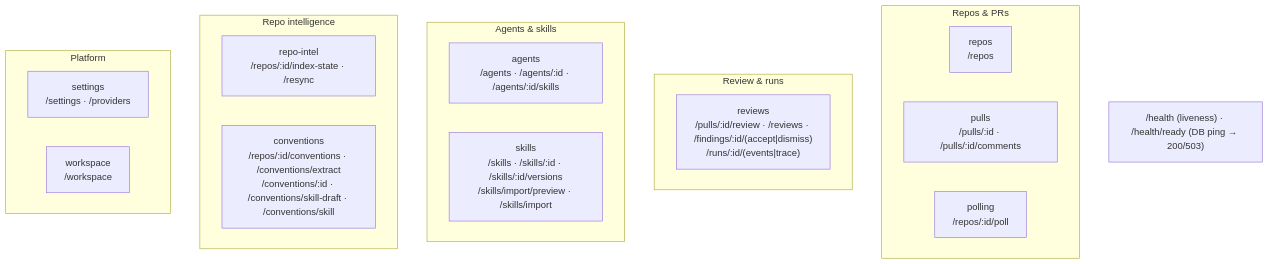
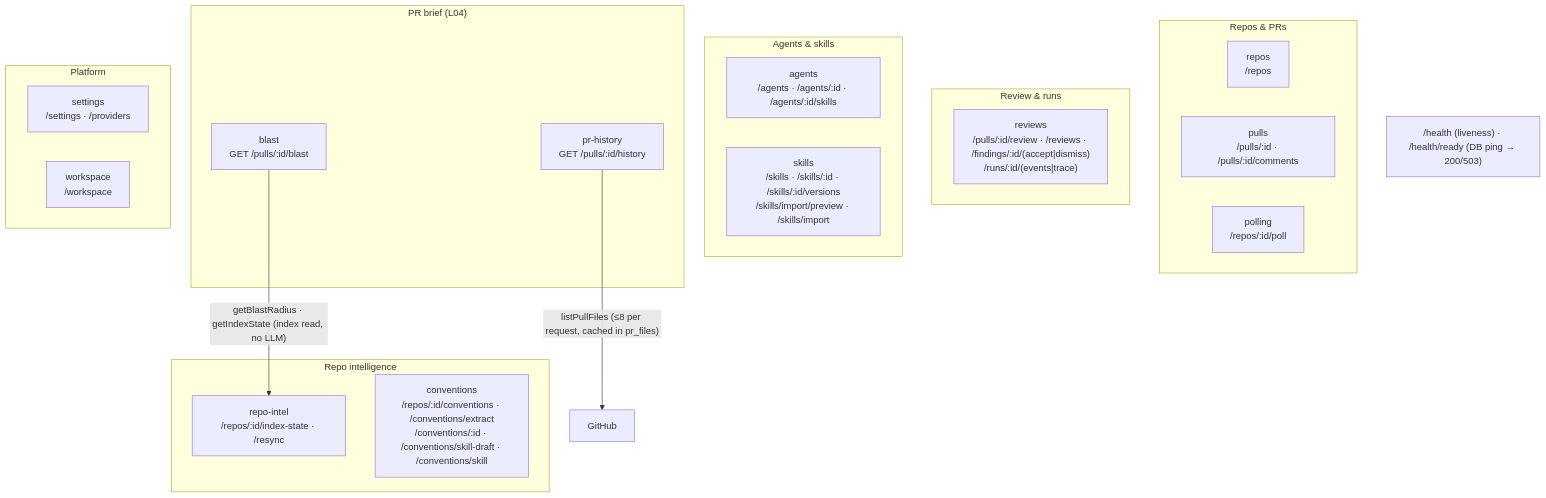
One commit to malinovskiy-alex/dev-digest changed the second of 2 diagrams in server/README.md. Above: the diagram before and after it, drawn with Mermaid. The commit also changed 73 other files, not shown here.

First line of the commit message:
feat(server,web,contracts,mcp): L04 Blast Radius on the PR Overview and in get_blast_radius

````diff
--- a/server/README.md
+++ b/server/README.md
@@ -64,24 +64,31 @@
 ```mermaid
 flowchart TB
   subgraph Repos_PRs["Repos & PRs"]
     repos["repos<br/>/repos"]
     pulls["pulls<br/>/pulls/:id · /pulls/:id/comments"]
     polling["polling<br/>/repos/:id/poll"]
   end
   subgraph Review["Review & runs"]
     reviews["reviews<br/>/pulls/:id/review · /reviews · /findings/:id/(accept|dismiss)<br/>/runs/:id/(events|trace)"]
   end
   subgraph Agents["Agents & skills"]
     agents["agents<br/>/agents · /agents/:id · /agents/:id/skills"]
     skills["skills<br/>/skills · /skills/:id · /skills/:id/versions<br/>/skills/import/preview · /skills/import"]
   end
   subgraph Intel["Repo intelligence"]
     repoIntel["repo-intel<br/>/repos/:id/index-state · /resync"]
     conventions["conventions<br/>/repos/:id/conventions · /conventions/extract<br/>/conventions/:id · /conventions/skill-draft · /conventions/skill"]
   end
+  subgraph Brief["PR brief (L04)"]
+    blast["blast<br/>GET /pulls/:id/blast"]
+    prHistory["pr-history<br/>GET /pulls/:id/history"]
+  end
+  GH["GitHub"]
+  blast -->|"getBlastRadius · getIndexState (index read, no LLM)"| repoIntel
+  prHistory -->|"listPullFiles (≤8 per request, cached in pr_files)"| GH
   subgraph Platform["Platform"]
     settings["settings<br/>/settings · /providers"]
     workspace["workspace<br/>/workspace"]
   end
   HEALTH["/health (liveness) · /health/ready (DB ping → 200/503)"]
 ```
````
